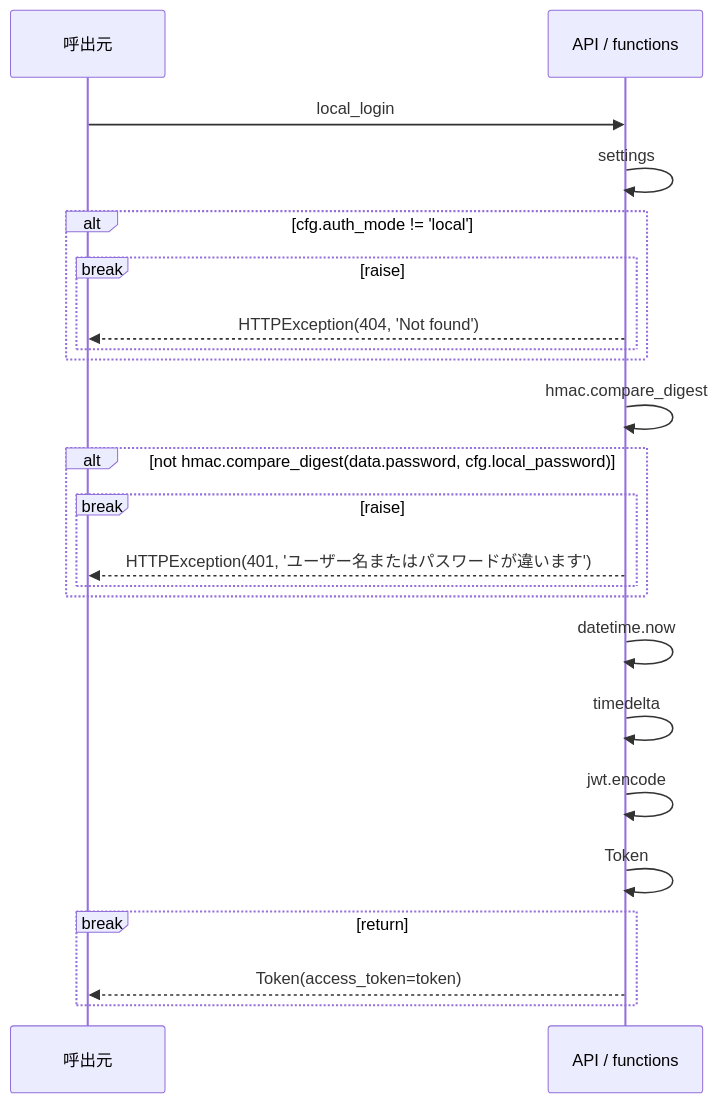
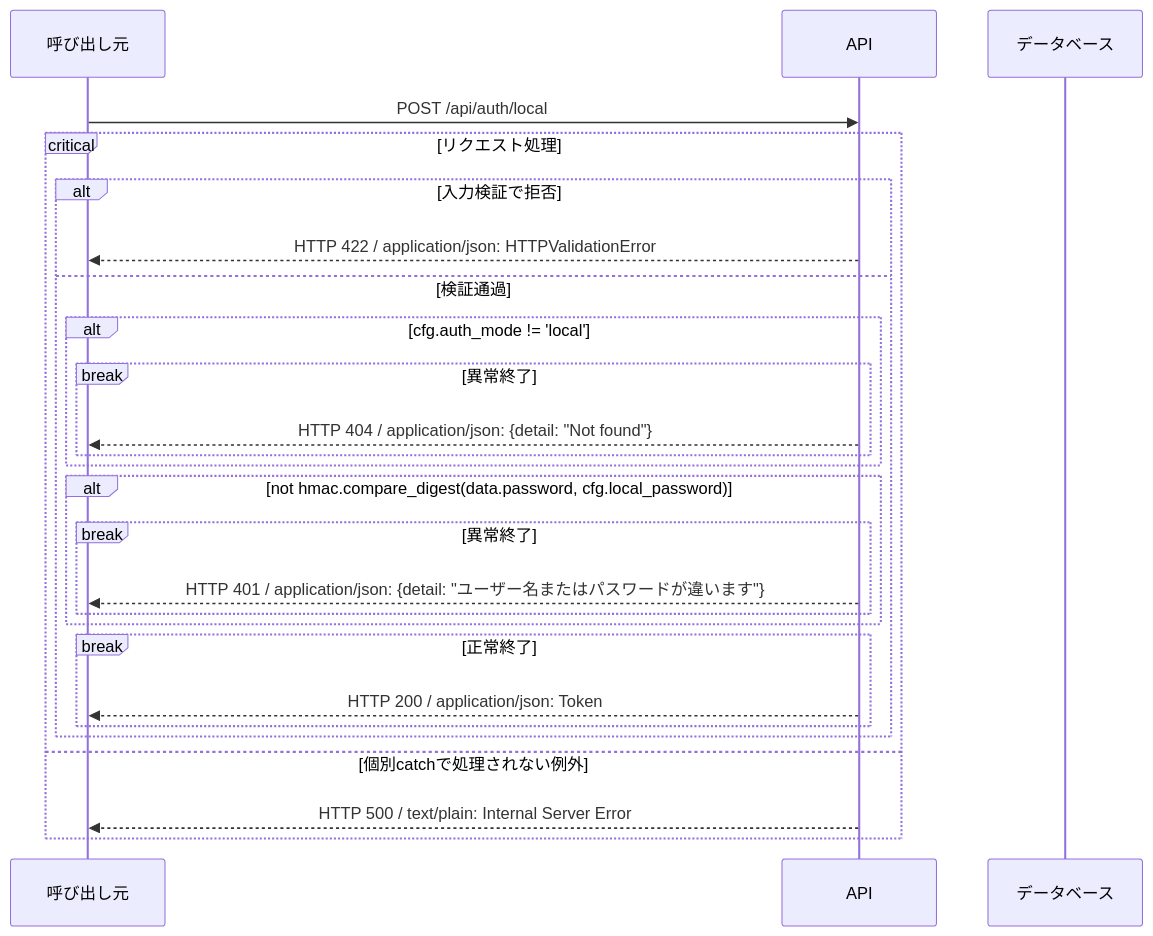
One commit to tsuji-tomonori/CornellNoteWebv2 changed the diagram in docs/generated/apis/local_login/sequence.gen.md. Above: the diagram before and after it, drawn with Mermaid. The commit also changed other lines of this file and 30 other files, not shown here.

First line of the commit message:
📝 docs(sequence): API・DB・呼出元の分岐とHTTP応答を明確にする

````diff
--- a/docs/generated/apis/local_login/sequence.gen.md
+++ b/docs/generated/apis/local_login/sequence.gen.md
@@ -13,25 +21,28 @@
 ```mermaid
 sequenceDiagram
-    participant C as 呼出元
-    participant A as API / functions
-    C->>A: local_login
-    A->>A: settings
+    participant C as 呼び出し元
+    participant A as API
+    participant D as データベース
+    C->>A: POST /api/auth/local
+    critical リクエスト処理
+    alt 入力検証で拒否
+    A-->>C: HTTP 422 / application/json: HTTPValidationError
+    else 検証通過
     alt cfg.auth_mode != 'local'
-    break raise
-    A-->>C: HTTPException(404, 'Not found')
+    break 異常終了
+    A-->>C: HTTP 404 / application/json: {detail: #quot;Not found#quot;}
     end
     end
-    A->>A: hmac.compare_digest
     alt not hmac.compare_digest(data.password, cfg.local_password)
-    break raise
-    A-->>C: HTTPException(401, 'ユーザー名またはパスワードが違います')
+    break 異常終了
+    A-->>C: HTTP 401 / application/json: {detail: #quot;ユーザー名またはパスワードが違います#quot;}
     end
     end
-    A->>A: datetime.now
-    A->>A: timedelta
-    A->>A: jwt.encode
-    A->>A: Token
-    break return
-    A-->>C: Token(access_token=token)
+    break 正常終了
+    A-->>C: HTTP 200 / application/json: Token
+    end
+    end
+    option 個別catchで処理されない例外
+    A-->>C: HTTP 500 / text/plain: Internal Server Error
     end
 ```
````
